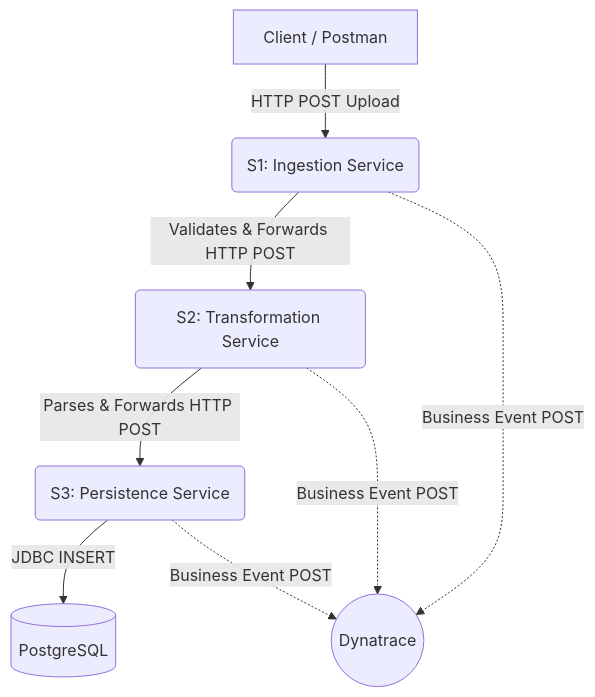
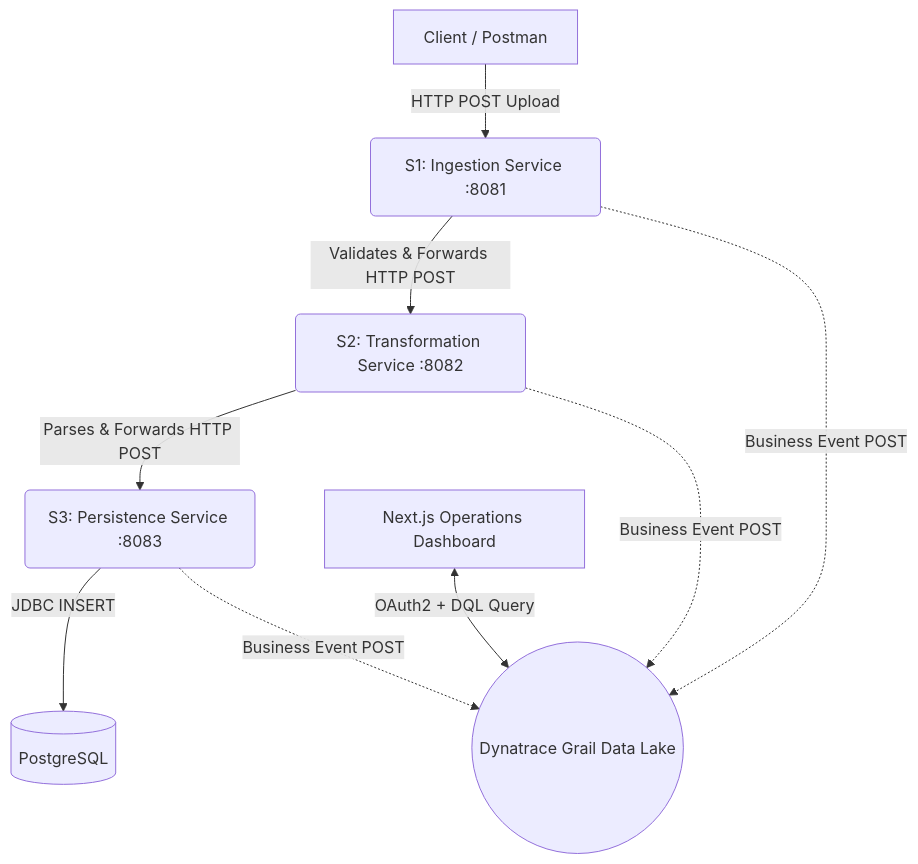
One commit to prashantchauhan-12/Dynatrace-Project changed the diagram in README.md. Above: the diagram before and after it, drawn with Mermaid. The commit also changed other lines of this file and 55 other files, not shown here.

````diff
--- a/README.md
+++ b/README.md
@@ -48,11 +41,13 @@
 ```mermaid
 graph TD
-    Client[Client / Postman] -->|HTTP POST Upload| S1(S1: Ingestion Service)
-    S1 -->|Validates & Forwards HTTP POST| S2(S2: Transformation Service)
-    S2 -->|Parses & Forwards HTTP POST| S3(S3: Persistence Service)
+    Client[Client / Postman] -->|HTTP POST Upload| S1(S1: Ingestion Service :8081)
+    S1 -->|Validates & Forwards HTTP POST| S2(S2: Transformation Service :8082)
+    S2 -->|Parses & Forwards HTTP POST| S3(S3: Persistence Service :8083)
     S3 -->|JDBC INSERT| DB[(PostgreSQL)]
     
-    S1 -.->|Business Event POST| DT((Dynatrace))
+    S1 -.->|Business Event POST| DT((Dynatrace Grail Data Lake))
     S2 -.->|Business Event POST| DT
     S3 -.->|Business Event POST| DT
+    
+    Dashboard[Next.js Operations Dashboard] <-->|OAuth2 + DQL Query| DT
 ```
````
